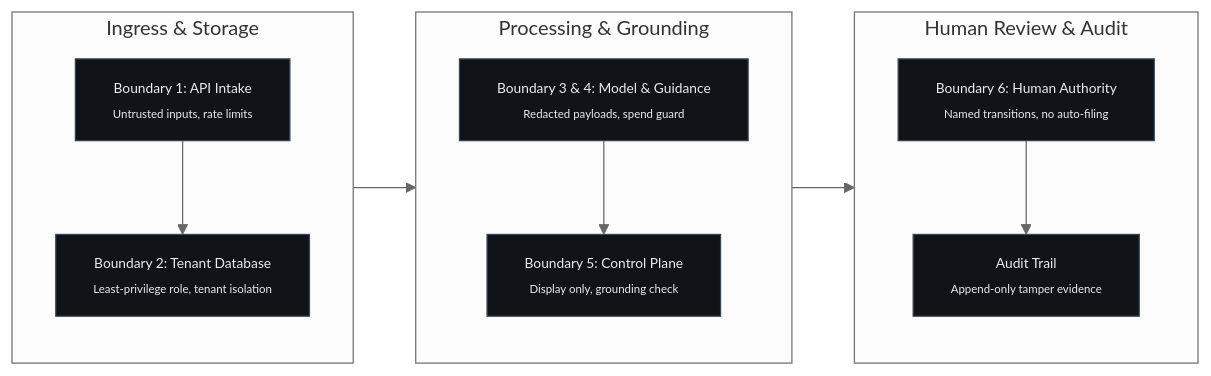
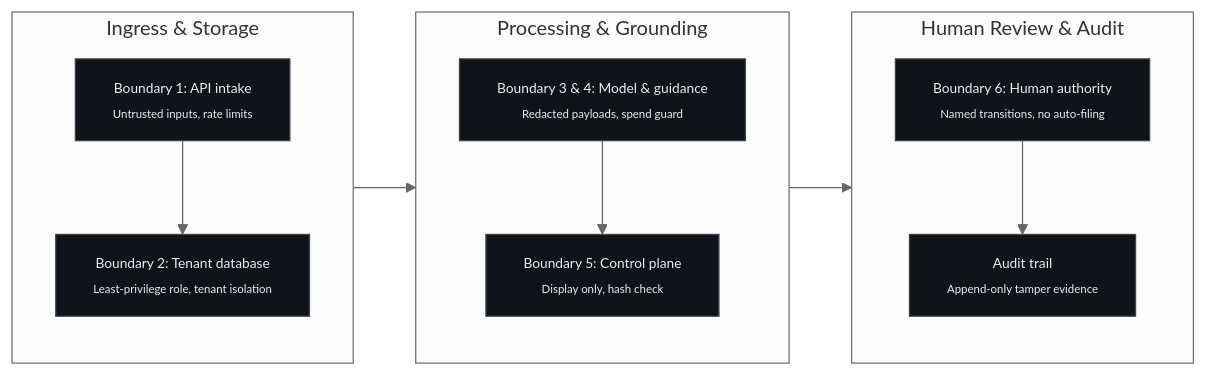
One commit to jeevesh2515/finsentinel-case-study changed the third of 3 diagrams in ARCHITECTURE.md. Above: the diagram before and after it, drawn with Mermaid (neutral theme). The commit also changed other lines of this file and 12 other files, not shown here.

````diff
--- a/ARCHITECTURE.md
+++ b/ARCHITECTURE.md
@@ -91,28 +106,28 @@
 ```mermaid
 flowchart LR
     subgraph Ingress["Ingress & Storage"]
         direction TB
-        B1["Boundary 1: API Intake<br/><sub>Untrusted inputs, rate limits</sub>"]
-        B2["Boundary 2: Tenant Database<br/><sub>Least-privilege role, tenant isolation</sub>"]
+        B1["Boundary 1: API intake<br/><sub>Untrusted inputs, rate limits</sub>"]
+        B2["Boundary 2: Tenant database<br/><sub>Least-privilege role, tenant isolation</sub>"]
         B1 --> B2
     end
 
     subgraph Processing["Processing & Grounding"]
         direction TB
-        B3["Boundary 3 & 4: Model & Guidance<br/><sub>Redacted payloads, spend guard</sub>"]
-        B5["Boundary 5: Control Plane<br/><sub>Display only, grounding check</sub>"]
+        B3["Boundary 3 & 4: Model & guidance<br/><sub>Redacted payloads, spend guard</sub>"]
+        B5["Boundary 5: Control plane<br/><sub>Display only, hash check</sub>"]
         B3 --> B5
     end
 
     subgraph Governance["Human Review & Audit"]
         direction TB
-        B6["Boundary 6: Human Authority<br/><sub>Named transitions, no auto-filing</sub>"]
-        AUDIT["Audit Trail<br/><sub>Append-only tamper evidence</sub>"]
+        B6["Boundary 6: Human authority<br/><sub>Named transitions, no auto-filing</sub>"]
+        AUDIT["Audit trail<br/><sub>Append-only tamper evidence</sub>"]
         B6 --> AUDIT
     end
 
     Ingress --> Processing --> Governance
 
     classDef box fill:#101418,stroke:#3a4750,color:#e8edf2,font-size:11px;
     class B1,B2,B3,B5,B6,AUDIT box;
 ```
````
